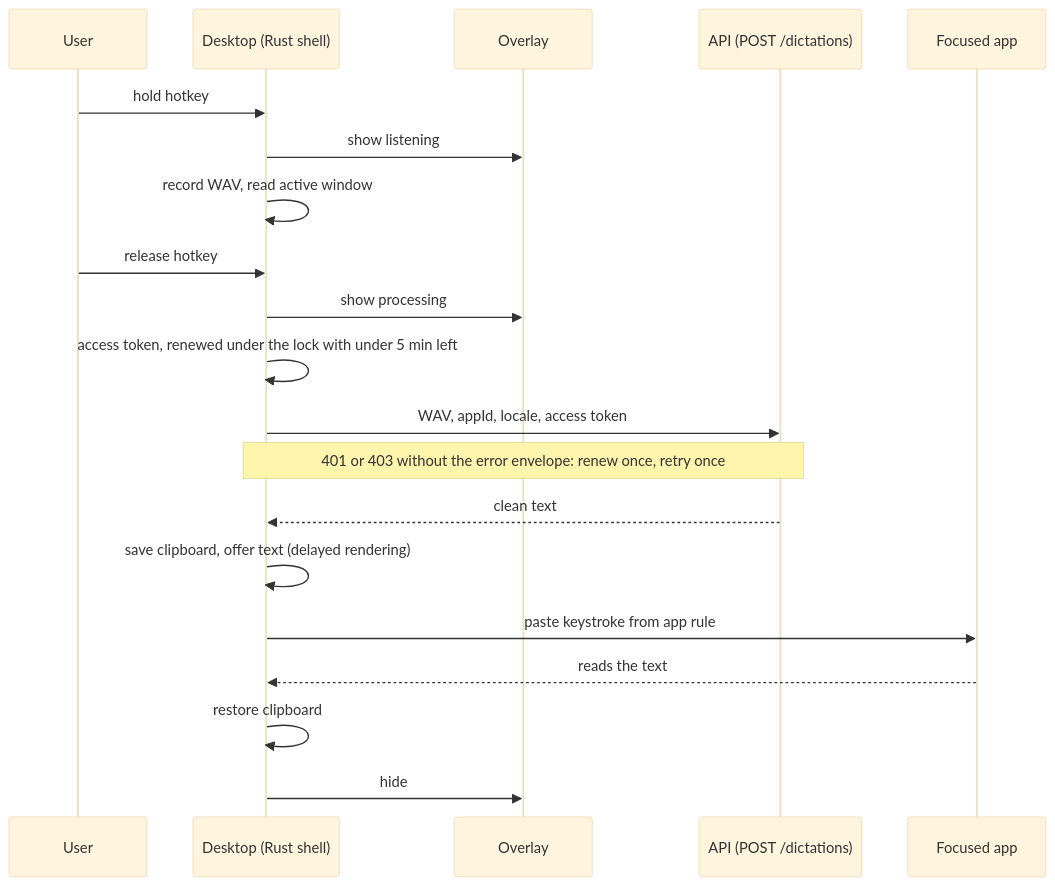
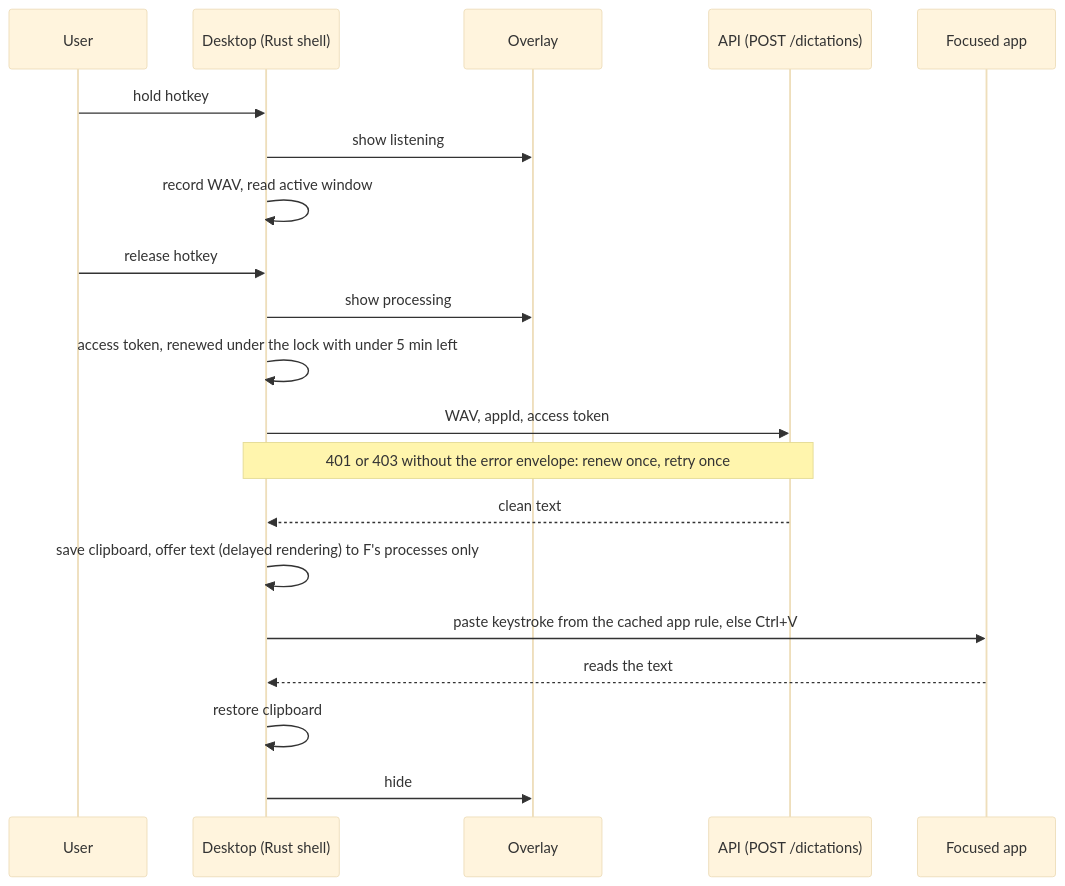
Before and after one commit to sebasfles/take-my-word: the second of 2 diagrams in docs/modules/desktop/flows.md, drawn with Mermaid (base theme). The commit also changed other lines of this file and 114 other files, not shown here.

````diff
--- a/docs/modules/desktop/flows.md
+++ b/docs/modules/desktop/flows.md
@@ -31,22 +31,22 @@
 ```mermaid
 sequenceDiagram
   participant U as User
   participant D as Desktop (Rust shell)
   participant O as Overlay
   participant A as API (POST /dictations)
   participant F as Focused app
   U->>D: hold hotkey
   D->>O: show listening
   D->>D: record WAV, read active window
   U->>D: release hotkey
   D->>O: show processing
   D->>D: access token, renewed under the lock with under 5 min left
-  D->>A: WAV, appId, locale, access token
+  D->>A: WAV, appId, access token
   Note over D,A: 401 or 403 without the error envelope: renew once, retry once
   A-->>D: clean text
-  D->>D: save clipboard, offer text (delayed rendering)
-  D->>F: paste keystroke from app rule
+  D->>D: save clipboard, offer text (delayed rendering) to F's processes only
+  D->>F: paste keystroke from the cached app rule, else Ctrl+V
   F-->>D: reads the text
   D->>D: restore clipboard
   D->>O: hide
 ```
````
